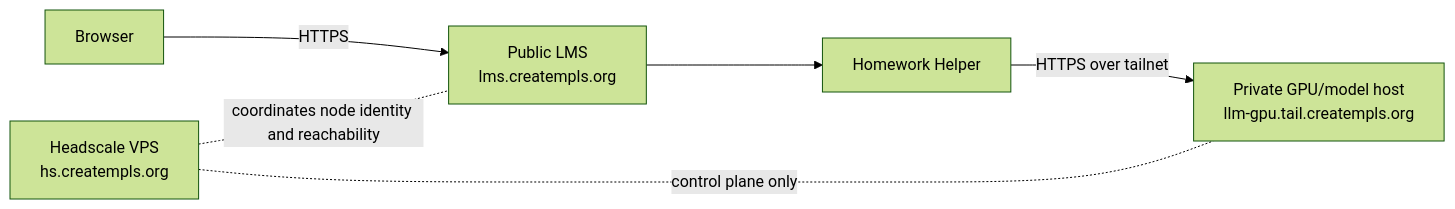
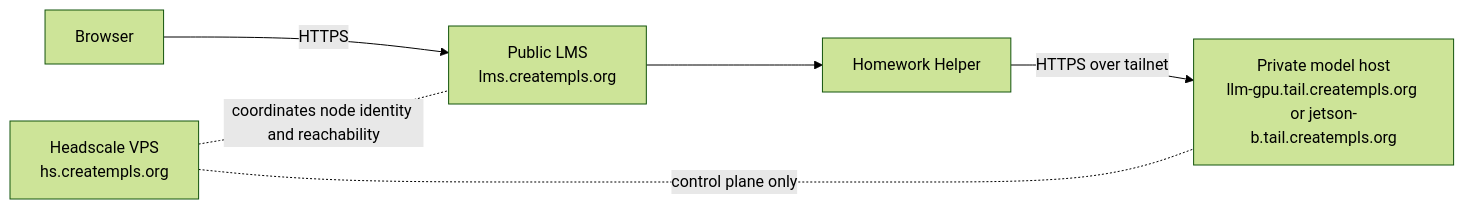
Before and after one commit to bseverns/classhub: the diagram in docs/HEADSCALE_CONTROL_PLANE.md, drawn with Mermaid (forest theme). The commit also changed other lines of this file and 13 other files, not shown here.

````diff
--- a/docs/HEADSCALE_CONTROL_PLANE.md
+++ b/docs/HEADSCALE_CONTROL_PLANE.md
@@ -145,14 +147,14 @@
 ```mermaid
 flowchart LR
   Browser["Browser"]
   LMS["Public LMS<br/>lms.creatempls.org"]
   Helper["Homework Helper"]
-  GPU["Private GPU/model host<br/>llm-gpu.tail.creatempls.org"]
+  Model["Private model host<br/>llm-gpu.tail.creatempls.org or jetson-b.tail.creatempls.org"]
   HS["Headscale VPS<br/>hs.creatempls.org"]
 
   Browser -->|HTTPS| LMS
   LMS --> Helper
-  Helper -->|HTTPS over tailnet| GPU
+  Helper -->|HTTPS over tailnet| Model
   HS -. coordinates node identity and reachability .- LMS
-  HS -. control plane only .- GPU
+  HS -. control plane only .- Model
 ```
````
